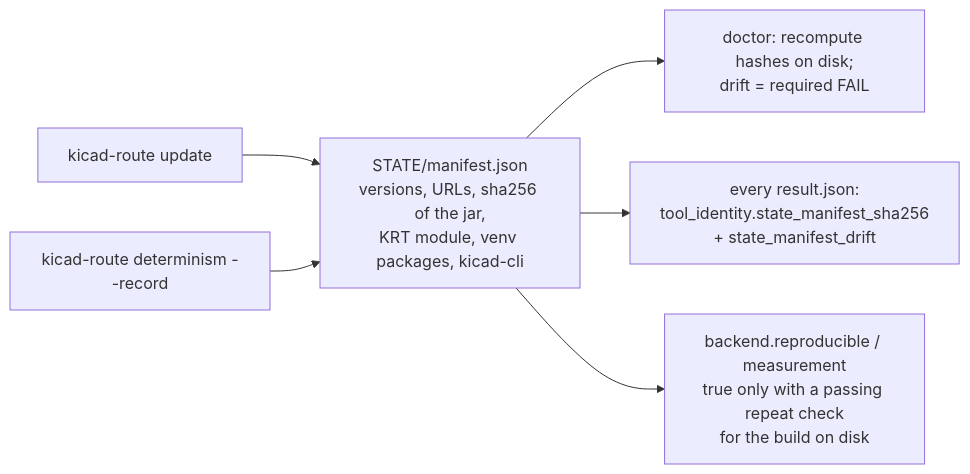
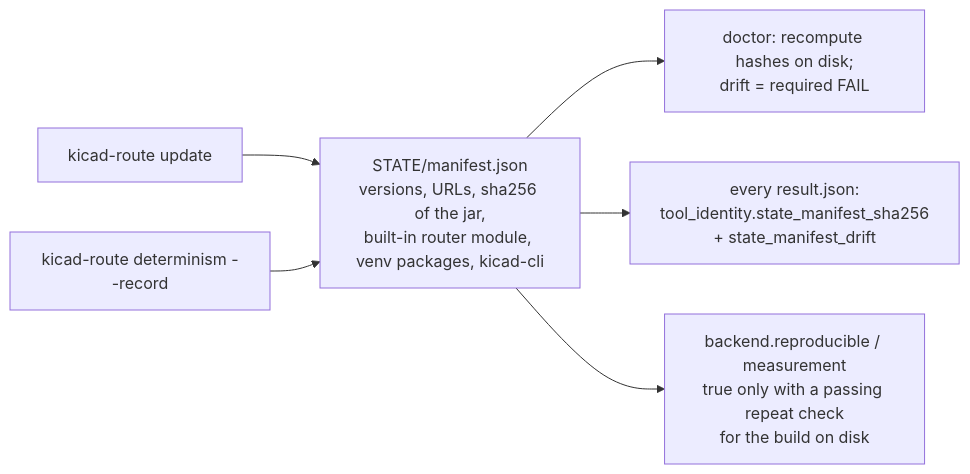
Before and after one commit to halbritt/kicad-route: the fourth of 4 diagrams in docs/guide/automation.md, drawn with Mermaid. The commit also changed other lines of this file and 44 other files, not shown here.

````diff
--- a/docs/guide/automation.md
+++ b/docs/guide/automation.md
@@ -168,8 +168,8 @@
 ```mermaid
 flowchart LR
-    U["kicad-route update"] --> M["STATE/manifest.json<br/>versions, URLs, sha256 of the jar,<br/>KRT module, venv packages, kicad-cli"]
+    U["kicad-route update"] --> M["STATE/manifest.json<br/>versions, URLs, sha256 of the jar,<br/>built-in router module, venv packages, kicad-cli"]
     M --> D["doctor: recompute hashes on disk;<br/>drift = required FAIL"]
     M --> R["every result.json:<br/>tool_identity.state_manifest_sha256<br/>+ state_manifest_drift"]
     DET["kicad-route determinism --record"] --> M
     M --> MEAS["backend.reproducible / measurement<br/>true only with a passing repeat check<br/>for the build on disk"]
 ```
````
